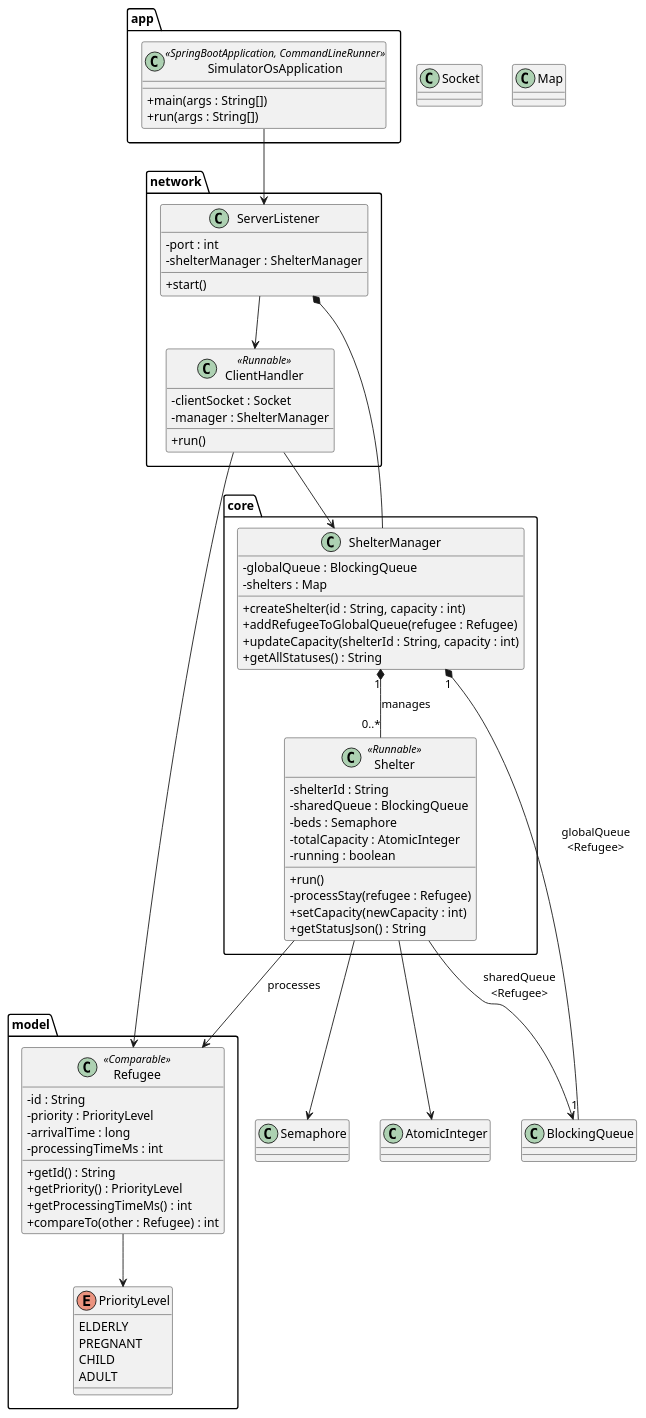
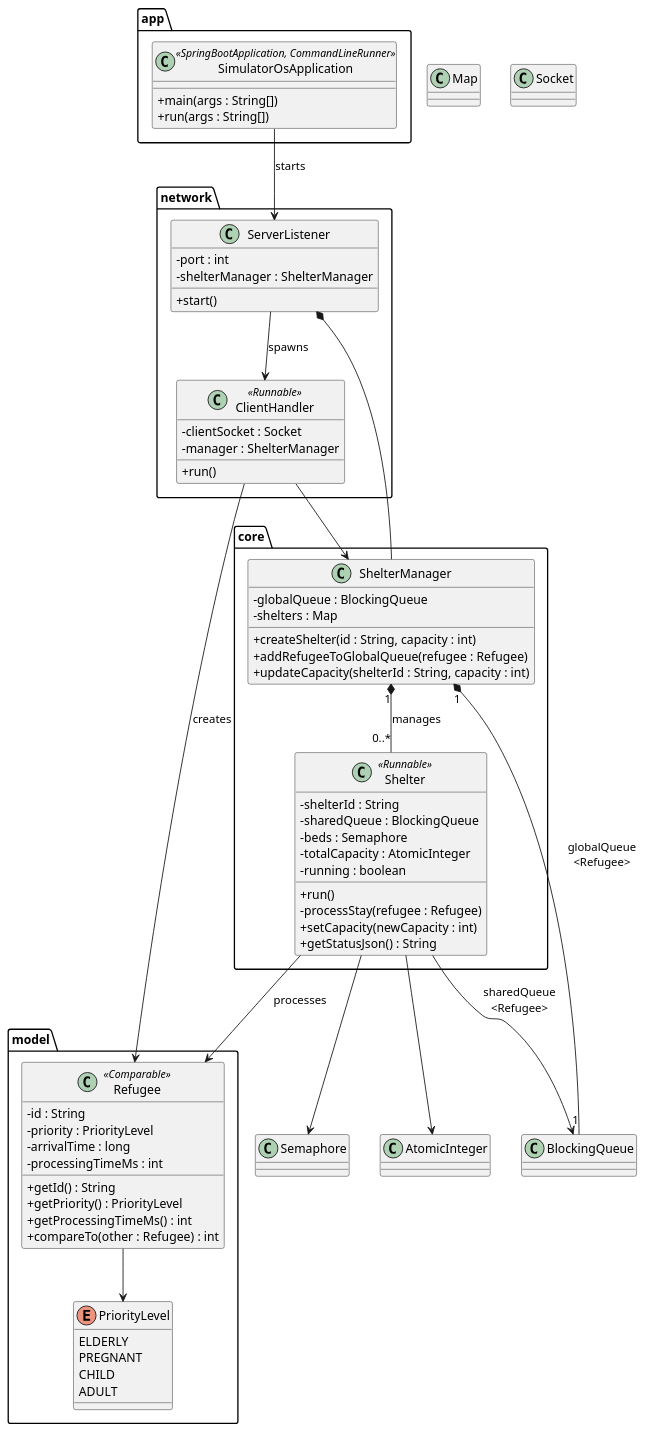
One commit to Etxarri/ShelterAI changed the diagram in backend/simulator-os/src/main/java/com/shelterai/simulator_os/Diagrams/class.puml. Above: the diagram before and after it, drawn with PlantUML. The commit also changed 6 other files, not shown here.

Commit message:
OperatingConDiagramas

```diff
--- a/backend/simulator-os/src/main/java/com/shelterai/simulator_os/Diagrams/class.puml
+++ b/backend/simulator-os/src/main/java/com/shelterai/simulator_os/Diagrams/class.puml
@@ -1,110 +1,113 @@
 @startuml
 skinparam classAttributeIconSize 0
 
 ' =======================
-'      CORE
+'          CORE
 ' =======================
 package "core" {
+
     class ShelterManager {
         - globalQueue : BlockingQueue
         - shelters : Map
         + createShelter(id : String, capacity : int)
         + addRefugeeToGlobalQueue(refugee : Refugee)
         + updateCapacity(shelterId : String, capacity : int)
-        + getAllStatuses() : String
     }
 
     class Shelter <<Runnable>> {
         - shelterId : String
         - sharedQueue : BlockingQueue
         - beds : Semaphore
         - totalCapacity : AtomicInteger
         - running : boolean
         + run()
         - processStay(refugee : Refugee)
         + setCapacity(newCapacity : int)
         + getStatusJson() : String
     }
 }
 
 ' =======================
-'      MODEL
+'          MODEL
 ' =======================
 package "model" {
+
     class Refugee <<Comparable>> {
         - id : String
         - priority : PriorityLevel
         - arrivalTime : long
         - processingTimeMs : int
         + getId() : String
         + getPriority() : PriorityLevel
         + getProcessingTimeMs() : int
         + compareTo(other : Refugee) : int
     }
 
     enum PriorityLevel {
         ELDERLY
         PREGNANT
         CHILD
         ADULT
     }
 }
 
 ' =======================
-'      NETWORK
+'         NETWORK
 ' =======================
 package "network" {
+
     class ClientHandler <<Runnable>> {
         - clientSocket : Socket
         - manager : ShelterManager
         + run()
     }
 
     class ServerListener {
         - port : int
         - shelterManager : ShelterManager
         + start()
     }
 }
 
 ' =======================
-'      APP
+'           APP
 ' =======================
 package "app" {
+
     class SimulatorOsApplication <<SpringBootApplication, CommandLineRunner>> {
         + main(args : String[])
         + run(args : String[])
     }
 }
 
 ' =======================
-'   EXTERNAL / UTILS
+'     UTIL / EXTERNAL
 ' =======================
 class BlockingQueue
 class Semaphore
 class AtomicInteger
+class Map
 class Socket
-class Map
 
 ' =======================
-'     RELACIONES
+'        RELATIONS
 ' =======================
 ShelterManager "1" *-- "0..*" Shelter : manages
 ShelterManager "1" *-- "1" BlockingQueue : globalQueue\n<Refugee>
 
-Shelter --> Refugee : processes
+Shelter --> BlockingQueue : sharedQueue\n<Refugee>
 Shelter --> Semaphore
 Shelter --> AtomicInteger
-Shelter --> BlockingQueue : sharedQueue\n<Refugee>
+Shelter --> Refugee : processes
 
 Refugee --> PriorityLevel
 
 ClientHandler --> ShelterManager
-ClientHandler --> Refugee
+ClientHandler --> Refugee : creates
 
 ServerListener *-- ShelterManager
-ServerListener --> ClientHandler
+ServerListener --> ClientHandler : spawns
 
-SimulatorOsApplication --> ServerListener
+SimulatorOsApplication --> ServerListener : starts
 
 @enduml
```
